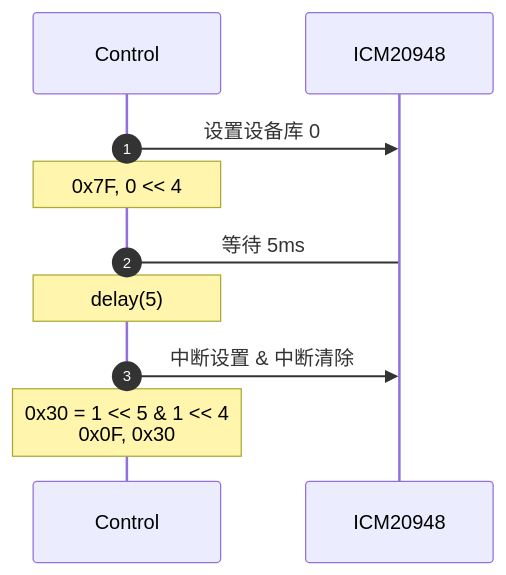
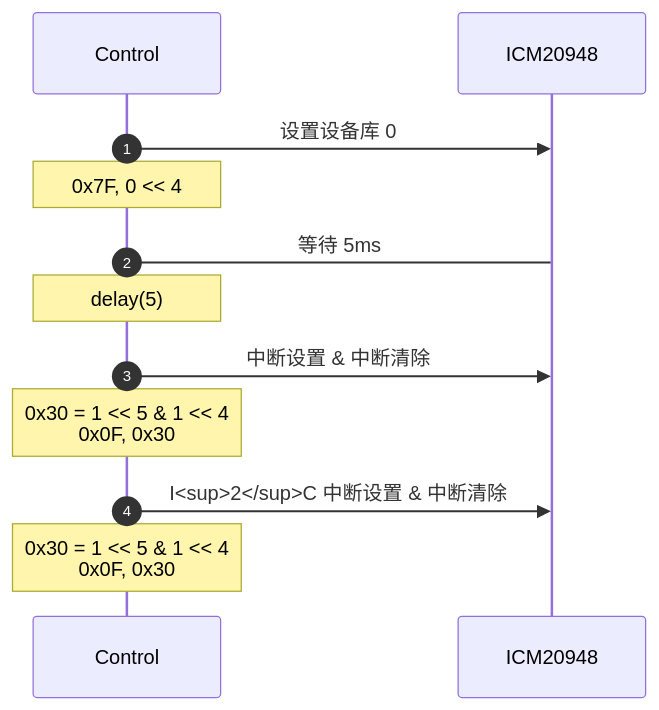
The fourth of 7 diagrams in _posts/2025-04-06-mdchart.md (hkdickyko/hkdickyko.github.io), drawn with Mermaid before and after one commit. The commit also changed other lines of this file, not shown here.

```diff
--- a/_posts/2025-04-06-mdchart.md
+++ b/_posts/2025-04-06-mdchart.md
@@ -318,13 +323,15 @@
 <div class="mermaid">
 sequenceDiagram;
    autonumber;
    participant C as Control;
    participant I as ICM20948;
    C->>I: 设置设备库 0;   
    note over C: 0x7F, 0 << 4;
    C->I: 等待 5ms;
    note over C: delay(5);   
    C->>I: 中断设置 & 中断清除;
+   note over C: 0x30 = 1 << 5 & 1 << 4<br>0x0F, 0x30; 
+   C->>I: I<sup>2</sup>C 中断设置 & 中断清除;
    note over C: 0x30 = 1 << 5 & 1 << 4<br>0x0F, 0x30;
-   
+ 
 </div>   
```
